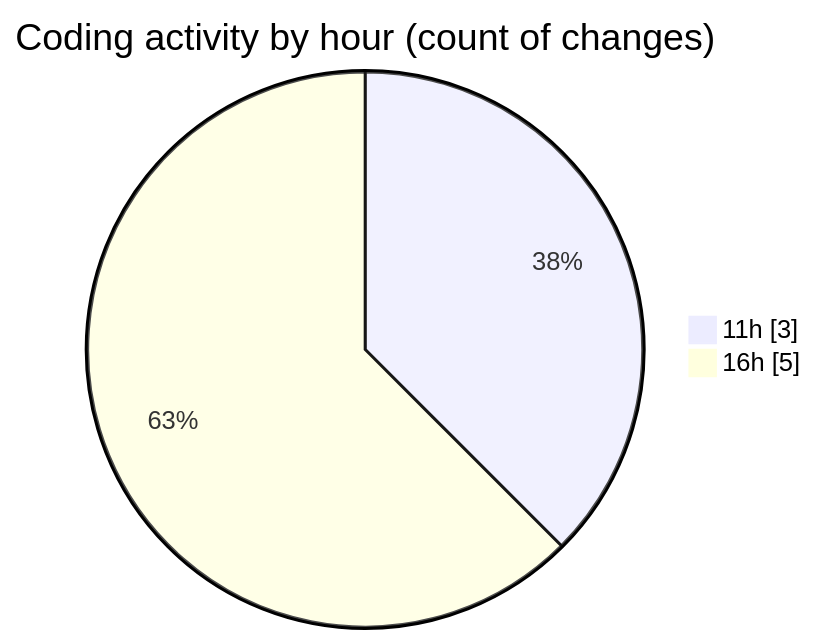
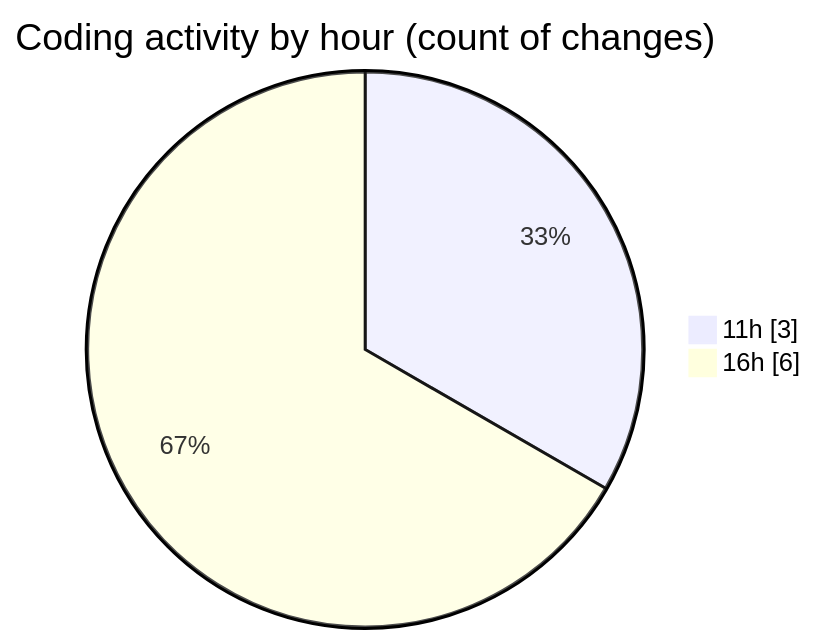
The second of 2 diagrams in 2025-12-10/www/README.md (vahidmafi/code-tracking), drawn with Mermaid before and after one commit. The commit also changed other lines of this file and 1 other file, not shown here.

````diff
--- a/2025-12-10/www/README.md
+++ b/2025-12-10/www/README.md
@@ -28,6 +28,6 @@
 ```mermaid
 pie showData
 title Coding activity by hour (count of changes)
 "11h" : 3
-"16h" : 5
+"16h" : 6
 ```
````
